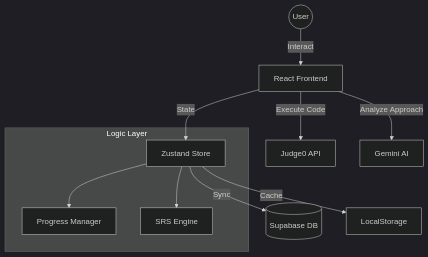
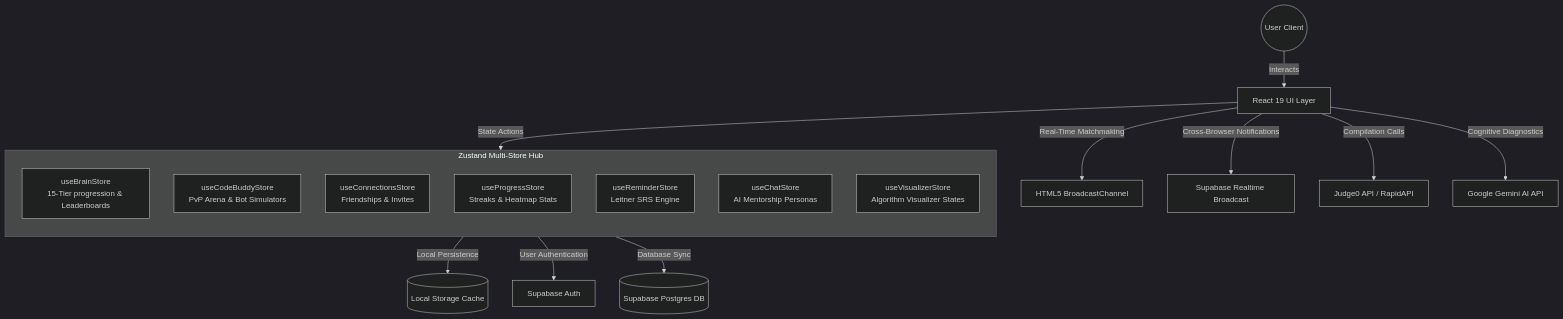
One commit to jiyajahnavi/PatternLab-AI changed the first of 3 diagrams in README.md. Above: the diagram before and after it, drawn with Mermaid (dark theme). The commit also changed other lines of this file, not shown here.

````diff
--- a/README.md
+++ b/README.md
@@ -48,14 +29,26 @@
 ```mermaid
 graph TD
-    User((User)) -->|Interact| UI[React Frontend]
-    UI -->|State| Store[Zustand Store]
-    UI -->|Execute Code| Judge0[Judge0 API]
-    UI -->|Analyze Approach| Gemini[Gemini AI]
-    Store -->|Sync| Supabase[(Supabase DB)]
-    Store -->|Cache| Local[LocalStorage]
+    User((User Client)) -->|Interacts| View[React 19 UI Layer]
+    View -->|State Actions| Stores[Zustand Multi-Store Hub]
     
-    subgraph "Logic Layer"
-        Store --> Progress[Progress Manager]
-        Store --> Reminder[SRS Engine]
+    subgraph Stores [Zustand Multi-Store Hub]
+        direction TB
+        storeBrain[useBrainStore<br/>15-Tier progression & Leaderboards]
+        storeCodeBuddy[useCodeBuddyStore<br/>PvP Arena & Bot Simulators]
+        storeConn[useConnectionsStore<br/>Friendships & Invites]
+        storeProgress[useProgressStore<br/>Streaks & Heatmap Stats]
+        storeSRS[useReminderStore<br/>Leitner SRS Engine]
+        storeChat[useChatStore<br/>AI Mentorship Personas]
+        storeVisual[useVisualizerStore<br/>Algorithm Visualizer States]
     end
+    
+    Stores -->|Local Persistence| Storage[(Local Storage Cache)]
+    Stores -->|User Authentication| Auth[Supabase Auth]
+    
+    View -->|Real-Time Matchmaking| Broad[HTML5 BroadcastChannel]
+    View -->|Cross-Browser Notifications| SupaReal[Supabase Realtime Broadcast]
+    View -->|Compilation Calls| Judge0[Judge0 API / RapidAPI]
+    View -->|Cognitive Diagnostics| Gemini[Google Gemini AI API]
+    
+    Stores -->|Database Sync| DB[(Supabase Postgres DB)]
 ```
````
